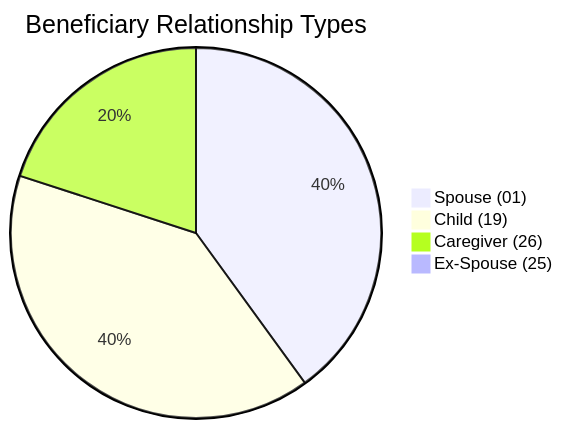
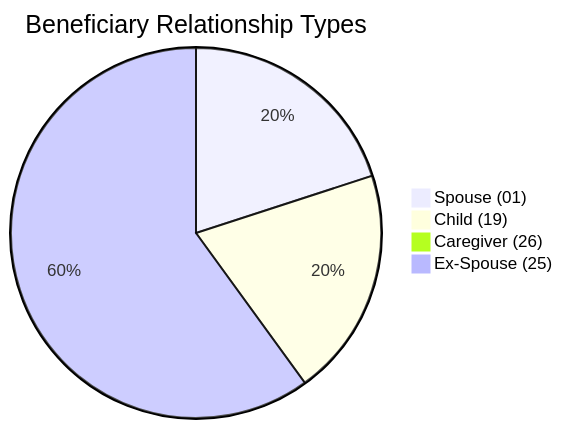
One commit to dhagan-va/intern-2025 changed the eighth of 10 diagrams in test-tools/DataGen/src/Statistics_Visualizer.md. Above: the diagram before and after it, drawn with Mermaid. The commit also changed other lines of this file and 5 other files, not shown here.

````diff
--- a/test-tools/DataGen/src/Statistics_Visualizer.md
+++ b/test-tools/DataGen/src/Statistics_Visualizer.md
@@ -85,7 +86,7 @@
 ```mermaid
 pie title Beneficiary Relationship Types
-    "Spouse (01)" : 2
-    "Child (19)" : 2
-    "Caregiver (26)" : 1
-    "Ex-Spouse (25)" : 0
+    "Spouse (01)" : 1
+    "Child (19)" : 1
+    "Caregiver (26)" : 0
+    "Ex-Spouse (25)" : 3
 ```
````
